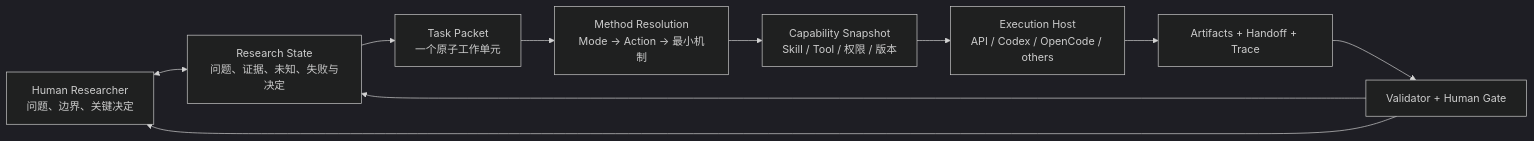
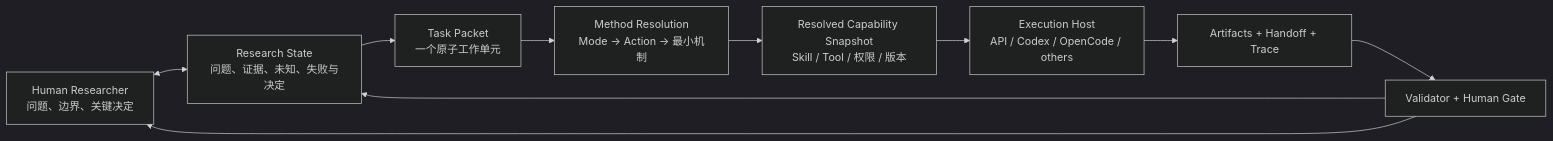
The diagram in docs/GETTING_STARTED.md (Chengyue-Lu/research-agent-workbench), drawn with Mermaid (dark theme) before and after one commit. The commit also changed other lines of this file and 12 other files, not shown here.

````diff
--- a/docs/GETTING_STARTED.md
+++ b/docs/GETTING_STARTED.md
@@ -31,15 +31,15 @@
 ```mermaid
 flowchart LR
     H["Human Researcher<br/>问题、边界、关键决定"]
     RS["Research State<br/>问题、证据、未知、失败与决定"]
     T["Task Packet<br/>一个原子工作单元"]
     MR["Method Resolution<br/>Mode → Action → 最小机制"]
-    C["Capability Snapshot<br/>Skill / Tool / 权限 / 版本"]
+    C["Resolved Capability Snapshot<br/>Skill / Tool / 权限 / 版本"]
     E["Execution Host<br/>API / Codex / OpenCode / others"]
     A["Artifacts + Handoff + Trace"]
     V["Validator + Human Gate"]
 
     H <--> RS
     RS --> T --> MR --> C --> E --> A --> V --> RS
     V --> H
 ```
````
